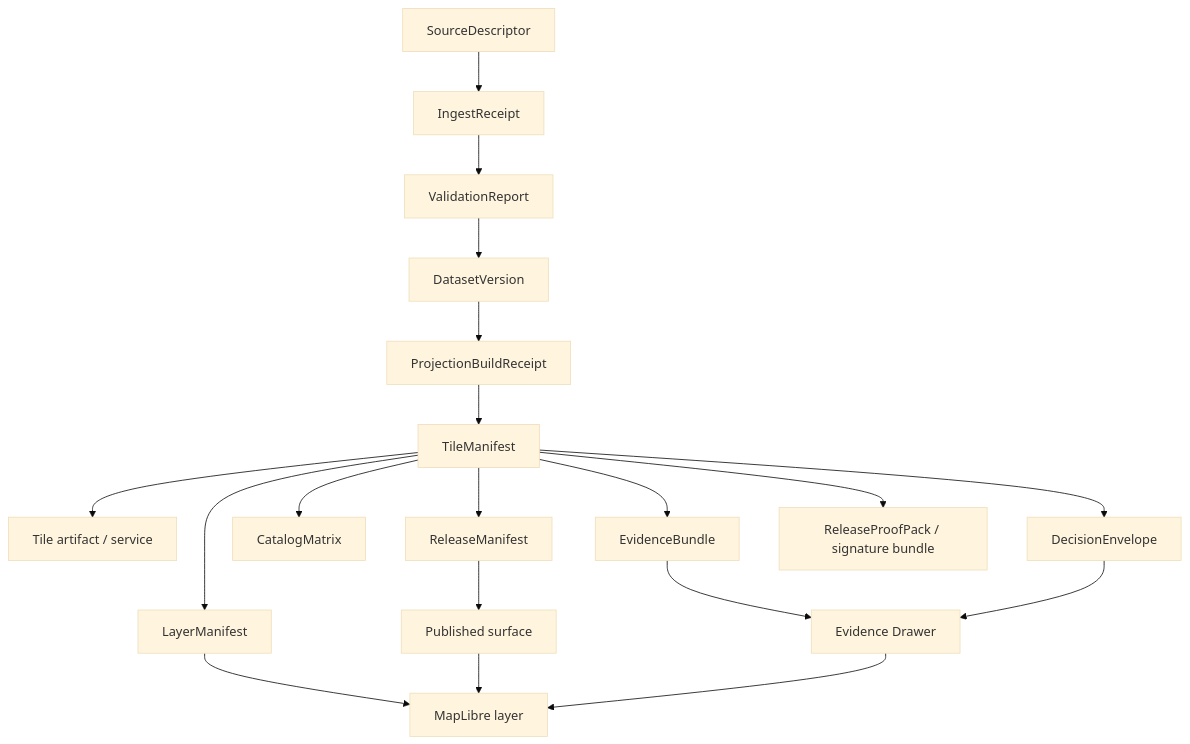
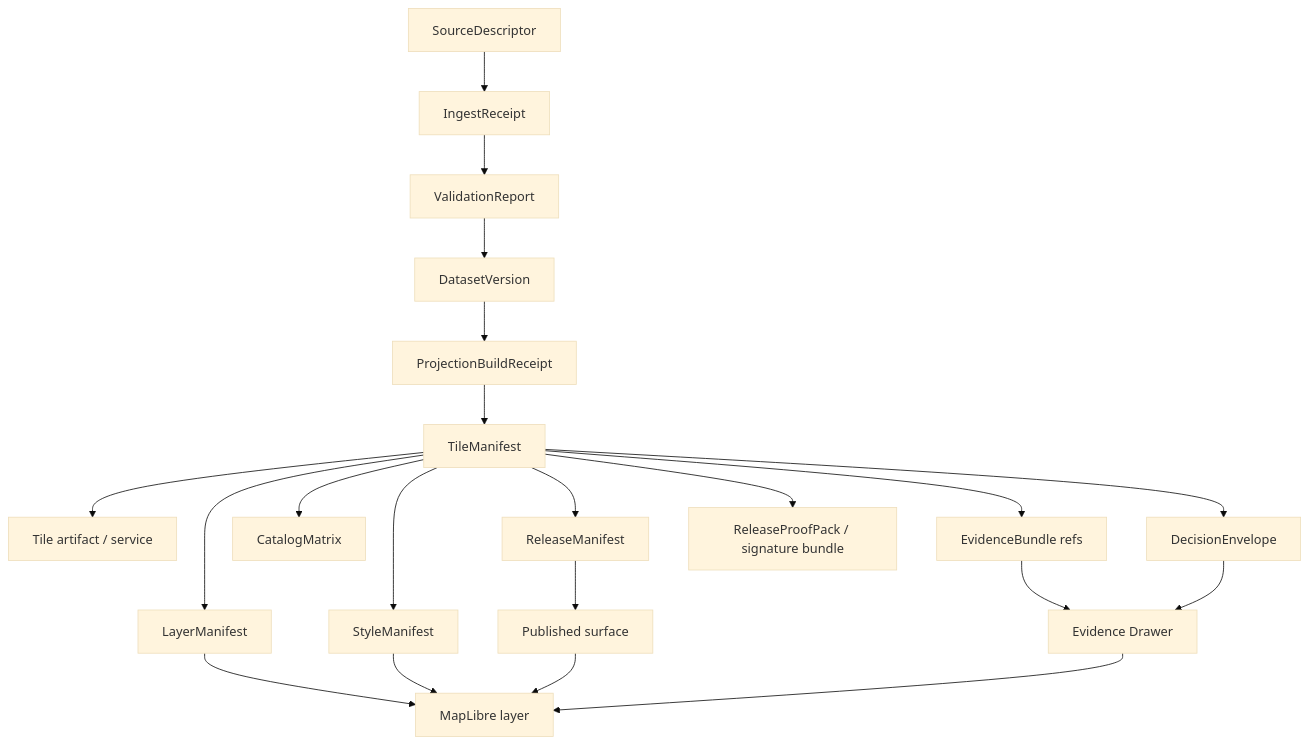
Before and after one commit to bartytime4life/Kansas-Frontier-Matrix: the second of 2 diagrams in docs/architecture/tiles/TILE_MANIFEST_SPEC.md, drawn with Mermaid (base theme). The commit also changed other lines of this file, not shown here.

````diff
--- a/docs/architecture/tiles/TILE_MANIFEST_SPEC.md
+++ b/docs/architecture/tiles/TILE_MANIFEST_SPEC.md
@@ -218,21 +175,23 @@
 ```mermaid
 flowchart TB
   SD["SourceDescriptor"] --> IR["IngestReceipt"]
   IR --> VR["ValidationReport"]
   VR --> DV["DatasetVersion"]
   DV --> PBR["ProjectionBuildReceipt"]
   PBR --> TM["TileManifest"]
   TM --> TA["Tile artifact / service"]
   TM --> LM["LayerManifest"]
+  TM --> SM["StyleManifest"]
   TM --> RM["ReleaseManifest"]
   TM --> CM["CatalogMatrix"]
-  TM --> EB["EvidenceBundle"]
+  TM --> EB["EvidenceBundle refs"]
   TM --> DE["DecisionEnvelope"]
   TM --> RPP["ReleaseProofPack / signature bundle"]
   LM --> MAP["MapLibre layer"]
+  SM --> MAP
   RM --> PUB["Published surface"]
   EB --> DRAWER["Evidence Drawer"]
   DE --> DRAWER
   PUB --> MAP
   DRAWER --> MAP
 ```
````
